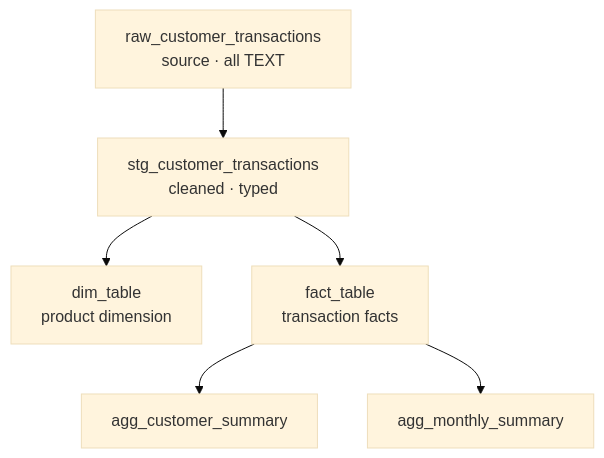
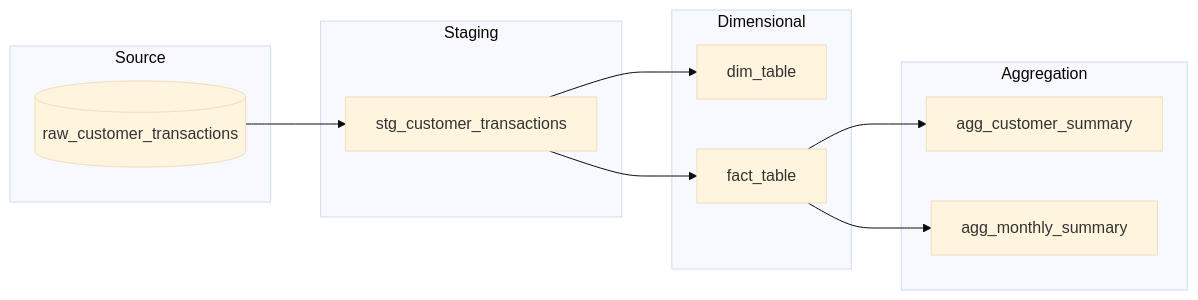
Before and after one commit to esterfb3397/package-python-ebury-interview: the second of 3 diagrams in README.md, drawn with Mermaid (base theme).

````diff
--- a/README.md
+++ b/README.md
@@ -85,8 +85,26 @@
 ```mermaid
-graph TD
-    A[raw_customer_transactions\nsource · all TEXT] --> B[stg_customer_transactions\ncleaned · typed]
-    B --> C[dim_table\nproduct dimension]
-    B --> D[fact_table\ntransaction facts]
-    D --> E[agg_customer_summary]
-    D --> F[agg_monthly_summary]
+graph LR
+    subgraph Source
+        A[(raw_customer_transactions)]
+    end
+
+    subgraph Staging
+        B[stg_customer_transactions]
+    end
+
+    subgraph Dimensional
+        C[dim_table]
+        D[fact_table]
+    end
+
+    subgraph Aggregation
+        E[agg_customer_summary]
+        F[agg_monthly_summary]
+    end
+
+    A --> B
+    B --> C
+    B --> D
+    D --> E
+    D --> F
 ```
````
